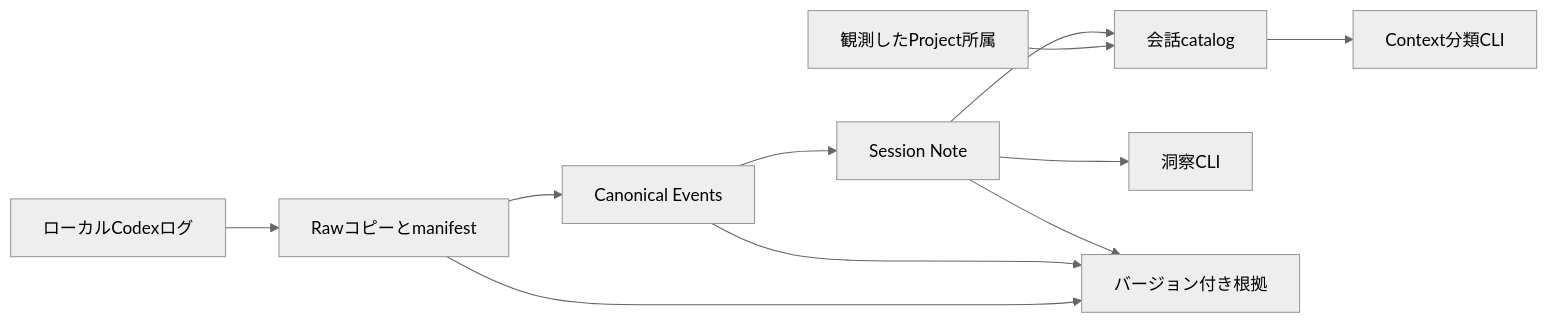
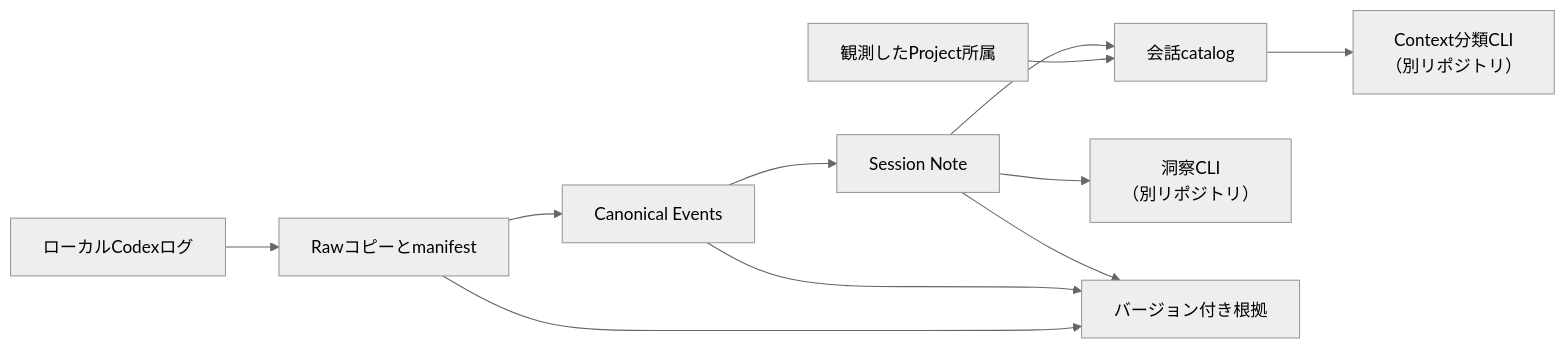
The first of 2 diagrams in README_ja.md (tuckn/tkn_codex_chat_note_pipeline), drawn with Mermaid (neutral theme) before and after one commit. The commit also changed other lines of this file and 28 other files, not shown here.

```diff
--- a/README_ja.md
+++ b/README_ja.md
@@ -178,13 +273,13 @@
 ~~~mermaid
 flowchart LR
     L["ローカルCodexログ"] --> R["Rawコピーとmanifest"]
     R --> E["Canonical Events"]
     E --> T["Session Note"]
     M["観測したProject所属"] --> C["会話catalog"]
     T --> C
-    C --> U["Context分類CLI"]
-    T --> I["洞察CLI"]
+    C --> U["Context分類CLI<br/>（別リポジトリ）"]
+    T --> I["洞察CLI<br/>（別リポジトリ）"]
     R --> P["バージョン付き根拠"]
     E --> P
     T --> P
 ~~~
```
